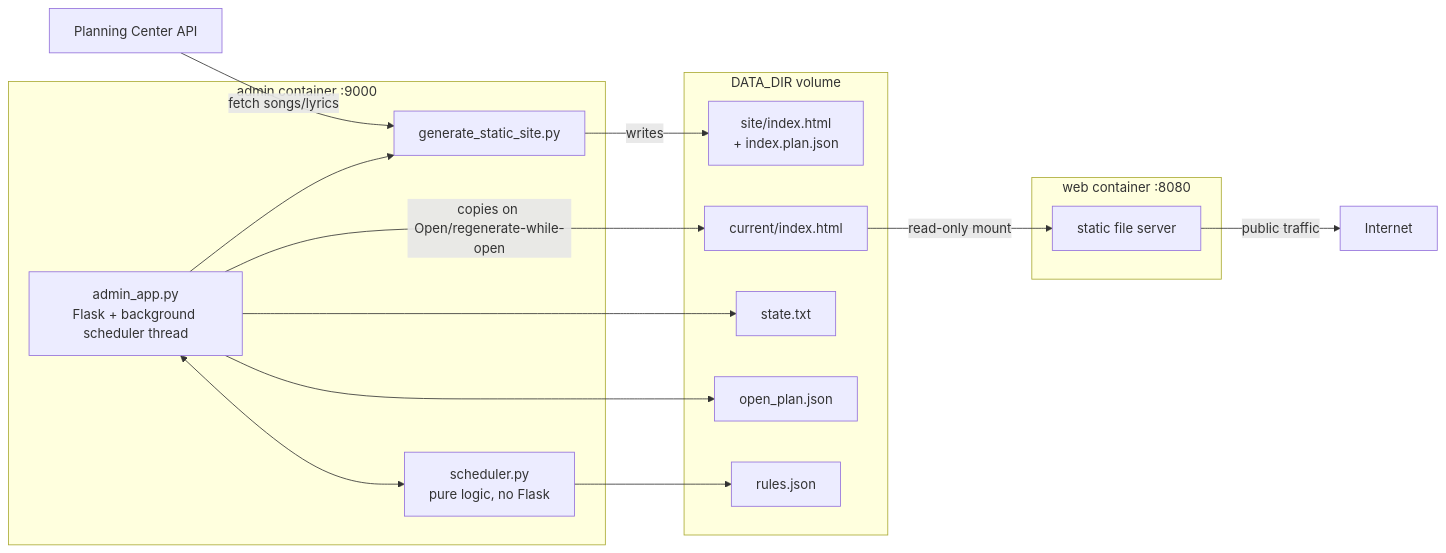
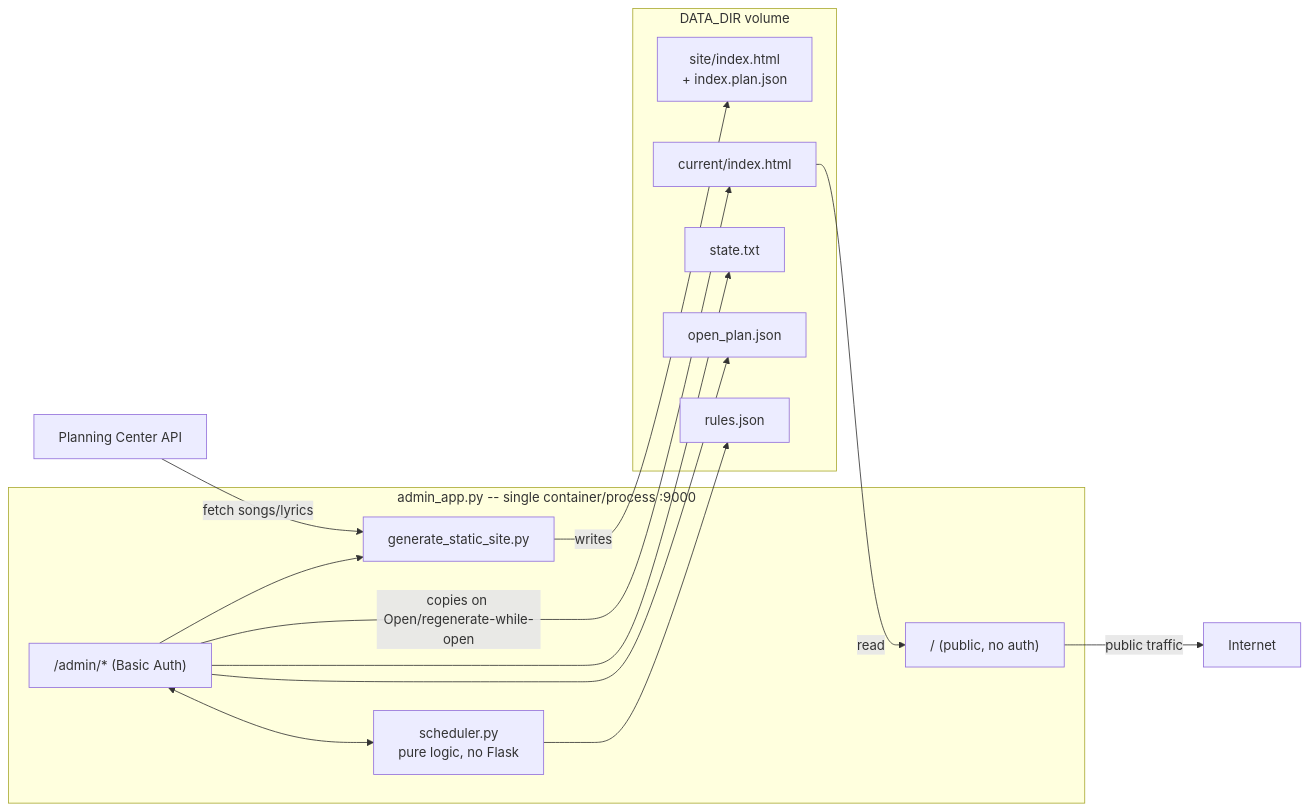
The diagram in ARCHITECTURE.md (jswetzen/planning-center-lyrics), drawn with Mermaid before and after one commit. The commit also changed other lines of this file and 9 other files, not shown here.

First line of the commit message:
Merge admin+web into one Flask app; admin UI needs to be public

````diff
--- a/ARCHITECTURE.md
+++ b/ARCHITECTURE.md
@@ -21,28 +22,26 @@
 ```mermaid
 flowchart LR
     PCO[Planning Center API] -->|fetch songs/lyrics| GEN[generate_static_site.py]
-    subgraph admin[admin container :9000]
+    subgraph app[admin_app.py -- single container/process :9000]
         GEN
-        APP[admin_app.py<br/>Flask + background scheduler thread]
+        PUBLIC["/  (public, no auth)"]
+        ADMINR["/admin/*  (Basic Auth)"]
         SCHED[scheduler.py<br/>pure logic, no Flask]
-        APP --> GEN
-        APP <--> SCHED
+        ADMINR --> GEN
+        ADMINR <--> SCHED
     end
     subgraph data[DATA_DIR volume]
         SITE[site/index.html<br/>+ index.plan.json]
         CURRENT[current/index.html]
         STATE[state.txt]
         OPENPLAN[open_plan.json]
         RULES[rules.json]
     end
     GEN -->|writes| SITE
-    APP -->|copies on Open/regenerate-while-open| CURRENT
-    APP --> STATE
-    APP --> OPENPLAN
+    ADMINR -->|copies on Open/regenerate-while-open| CURRENT
+    ADMINR --> STATE
+    ADMINR --> OPENPLAN
     SCHED --> RULES
-    subgraph web[web container :8080]
-        SERVER[static file server]
-    end
-    CURRENT -->|read-only mount| SERVER
-    SERVER -->|public traffic| Internet
+    CURRENT -->|read| PUBLIC
+    PUBLIC -->|public traffic| Internet
 ```
````
